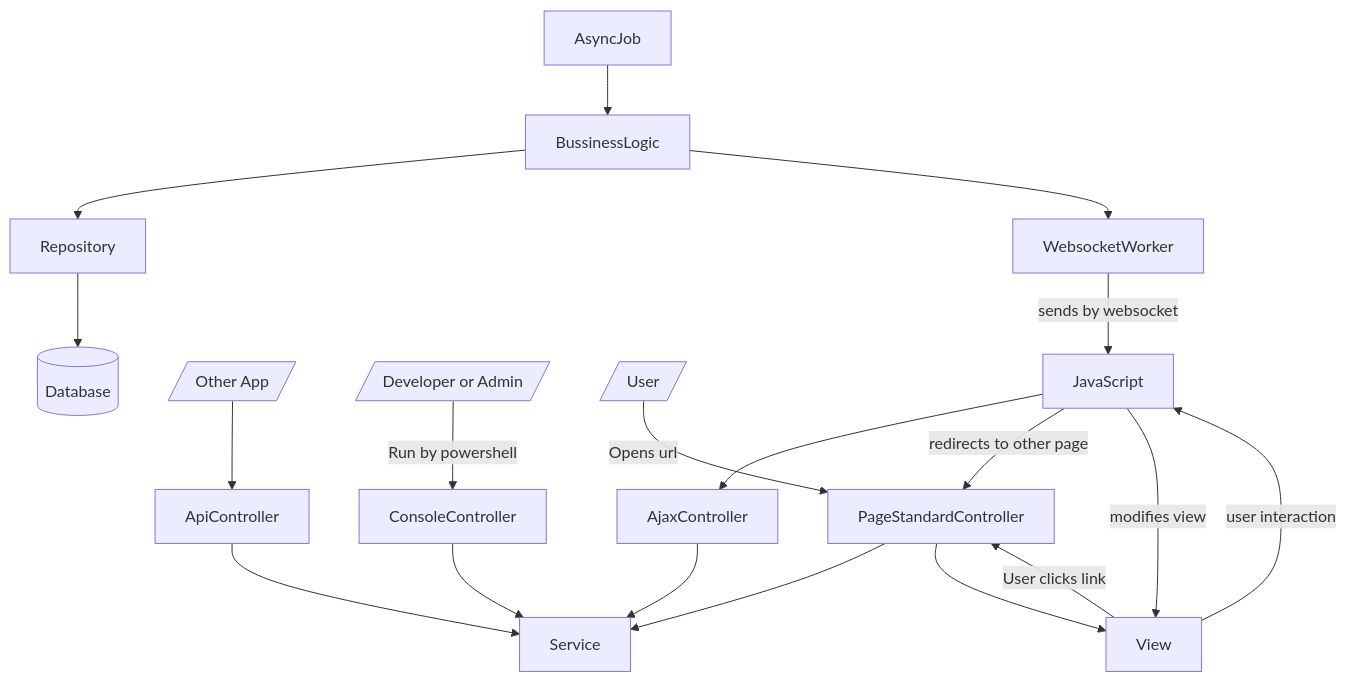
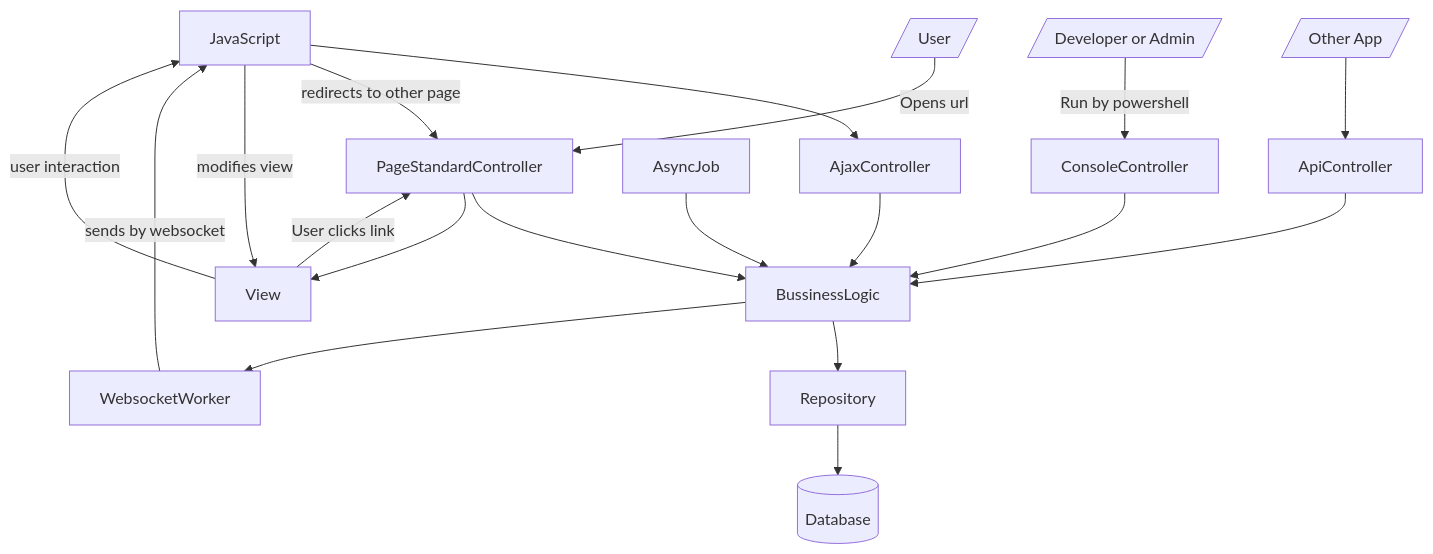
The diagram in Docs/GeneralArchitecture.md (GreenCodeStudio/GreenCodeFramework-Core), drawn with Mermaid before and after one commit. The commit also changed other lines of this file, not shown here.

````diff
--- a/Docs/GeneralArchitecture.md
+++ b/Docs/GeneralArchitecture.md
@@ -1,21 +1,21 @@
 ```mermaid
   graph TD;
       JavaScript-->AjaxController;
       JavaScript-->|redirects to other page|PageStandardController;
       other[/Other App/]-->ApiController;
       Dev[/Developer or Admin/]-->|Run by powershell|ConsoleController;
       User[/User/]-->|Opens url|PageStandardController;
-      PageStandardController-->Service;
-      AjaxController-->Service;
-      ApiController-->Service;
-      ConsoleController-->Service;
+      PageStandardController-->BussinessLogic;
+      AjaxController-->BussinessLogic;
+      ApiController-->BussinessLogic;
+      ConsoleController-->BussinessLogic;
       AsyncJob-->BussinessLogic;
       PageStandardController-->View;
       View-->|User clicks link|PageStandardController;
       View-->|user interaction|JavaScript;
       JavaScript-->|modifies view|View;
       BussinessLogic-->Repository;
       BussinessLogic-->WebsocketWorker;
       WebsocketWorker-->|sends by websocket|JavaScript;
       Repository-->Database[(Database)];
 ```
````
